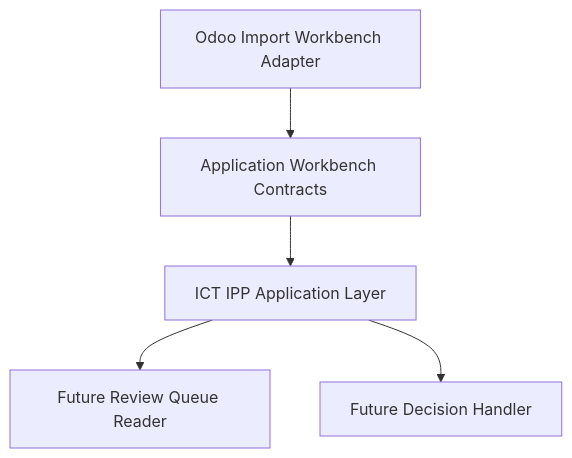
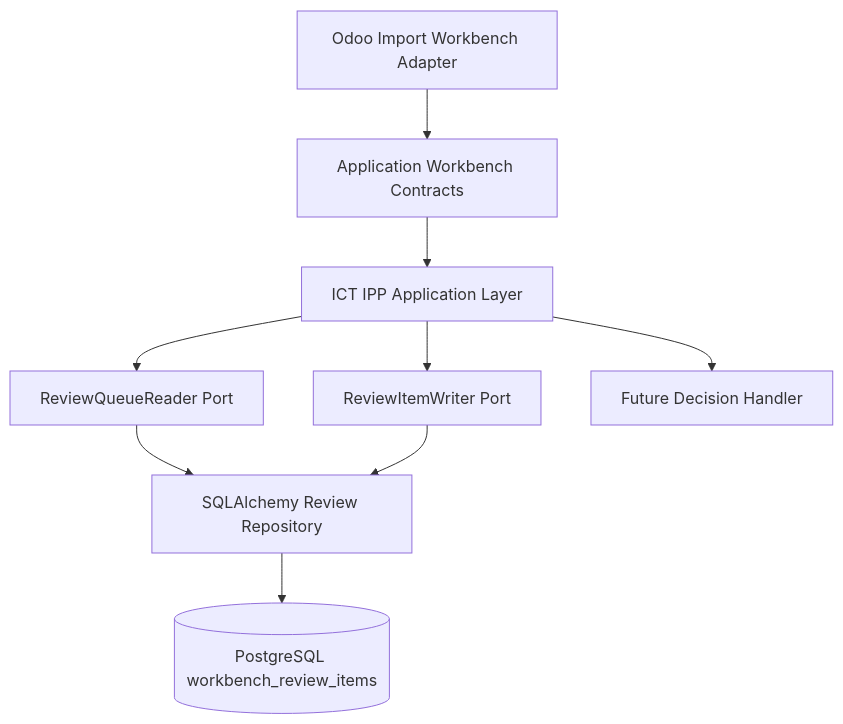
Before and after one commit to odurmazoglu/ict-integration-hub: the fifth of 7 diagrams in docs/APPLICATION_LAYER.md, drawn with Mermaid. The commit also changed other lines of this file and 18 other files, not shown here.

Commit message:
feat: persist import workbench review items

````diff
--- a/docs/APPLICATION_LAYER.md
+++ b/docs/APPLICATION_LAYER.md
@@ -317,13 +323,20 @@
 ```mermaid
 flowchart TB
     Workbench[Odoo Import Workbench Adapter]
     Contracts[Application Workbench Contracts]
     Hub[ICT IPP Application Layer]
-    FutureReader[Future Review Queue Reader]
+    Reader[ReviewQueueReader Port]
+    Writer[ReviewItemWriter Port]
+    Repository[SQLAlchemy Review Repository]
+    Database[(PostgreSQL workbench_review_items)]
     FutureHandler[Future Decision Handler]
 
     Workbench --> Contracts
     Contracts --> Hub
-    Hub --> FutureReader
+    Hub --> Reader
+    Hub --> Writer
+    Reader --> Repository
+    Writer --> Repository
+    Repository --> Database
     Hub --> FutureHandler
 ```
````
